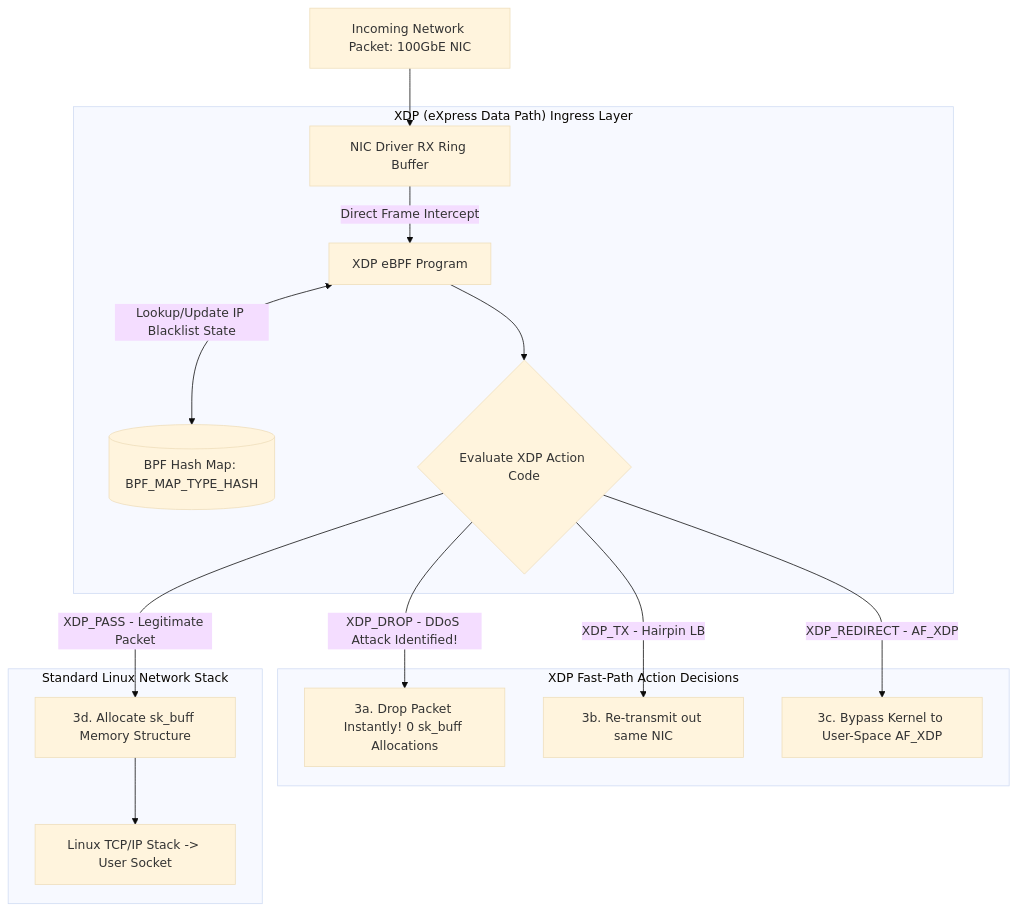
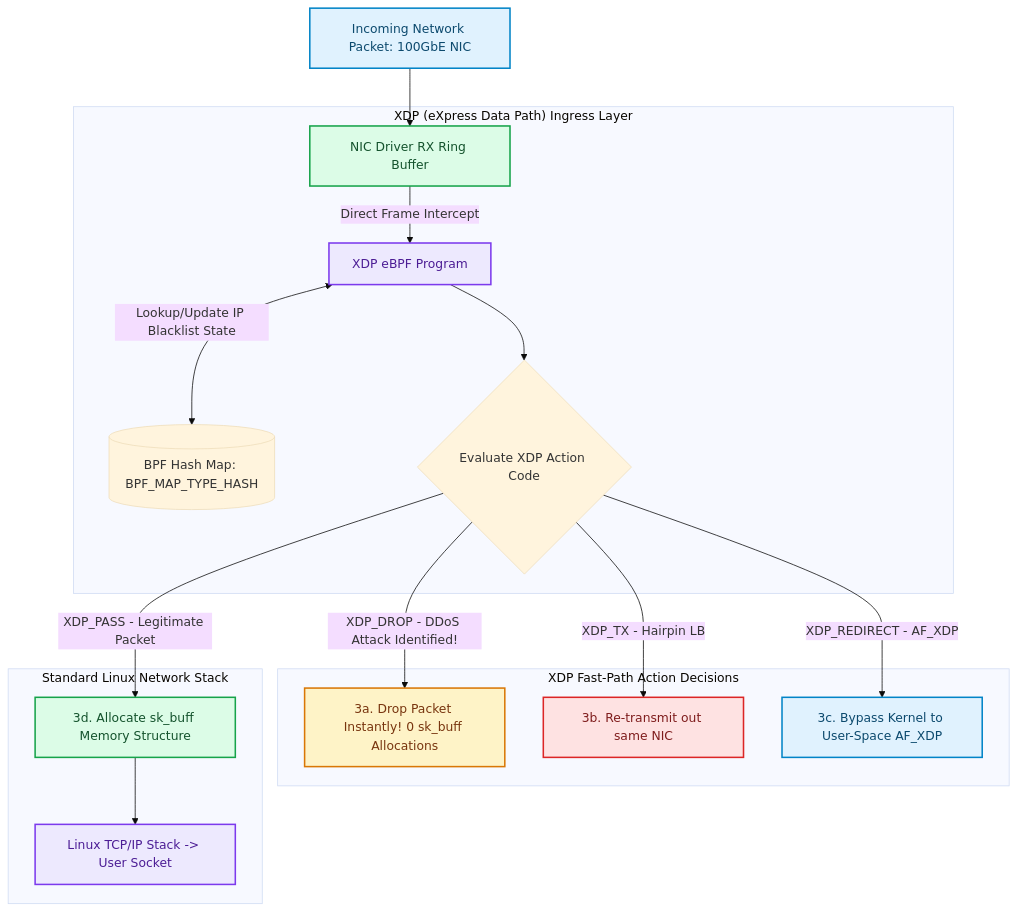
The diagram in blog/posts/high-speed-packet-processing-xdp-bpf-maps.md (akmalkhaniub/akmalkhaniub.github.io), drawn with Mermaid (base theme) before and after one commit. The commit also changed other lines of this file and 1291 other files, not shown here.

First line of the commit message:
feat(catalog): unique covers, scholarly references, and diagram palettes

````diff
--- a/blog/posts/high-speed-packet-processing-xdp-bpf-maps.md
+++ b/blog/posts/high-speed-packet-processing-xdp-bpf-maps.md
@@ -21,22 +21,33 @@
 ```mermaid
 flowchart TD
-  Wire[Incoming Network Packet: 100GbE NIC] --> RXRing[NIC Driver RX Ring Buffer]
+  Wire["Incoming Network Packet: 100GbE NIC"] --> RXRing["NIC Driver RX Ring Buffer"]
   
   subgraph SG1_XdpExpressData ["XDP (eXpress Data Path) Ingress Layer"]
-    RXRing -->|Direct Frame Intercept| XDPProg[XDP eBPF Program]
+    RXRing -->|Direct Frame Intercept| XDPProg["XDP eBPF Program"]
     XDPProg <-->|Lookup/Update IP Blacklist State| BPFMap[(BPF Hash Map: BPF_MAP_TYPE_HASH)]
     
     XDPProg --> Action{Evaluate XDP Action Code}
   end
   
   subgraph SG2_XdpFastPath ["XDP Fast-Path Action Decisions"]
-    Action -->|XDP_DROP - DDoS Attack Identified!| Drop[3a. Drop Packet Instantly! 0 sk_buff Allocations]
-    Action -->|XDP_TX - Hairpin LB| Bounce[3b. Re-transmit out same NIC]
-    Action -->|XDP_REDIRECT - AF_XDP| FastUser[3c. Bypass Kernel to User-Space AF_XDP]
+    Action -->|XDP_DROP - DDoS Attack Identified!| Drop["3a. Drop Packet Instantly! 0 sk_buff Allocations"]
+    Action -->|XDP_TX - Hairpin LB| Bounce["3b. Re-transmit out same NIC"]
+    Action -->|XDP_REDIRECT - AF_XDP| FastUser["3c. Bypass Kernel to User-Space AF_XDP"]
   end
   
   subgraph SG3_StandardLinuxNetwork ["Standard Linux Network Stack"]
-    Action -->|XDP_PASS - Legitimate Packet| SKBAlloc[3d. Allocate sk_buff Memory Structure]
-    SKBAlloc --> NetStack[Linux TCP/IP Stack -> User Socket]
+    Action -->|XDP_PASS - Legitimate Packet| SKBAlloc["3d. Allocate sk_buff Memory Structure"]
+    SKBAlloc --> NetStack["Linux TCP/IP Stack -> User Socket"]
   end
+
+classDef green fill:#dcfce7,stroke:#16a34a,stroke-width:2px,color:#14532d;
+classDef red fill:#fee2e2,stroke:#dc2626,stroke-width:2px,color:#7f1d1d;
+classDef blue fill:#e0f2fe,stroke:#0284c7,stroke-width:2px,color:#0c4a6e;
+classDef yellow fill:#fef3c7,stroke:#d97706,stroke-width:2px,color:#78350f;
+classDef purple fill:#ede9fe,stroke:#7c3aed,stroke-width:2px,color:#4c1d95;
+class Wire,FastUser blue
+class RXRing,SKBAlloc green
+class XDPProg,NetStack purple
+class Drop yellow
+class Bounce red
 ```
````
